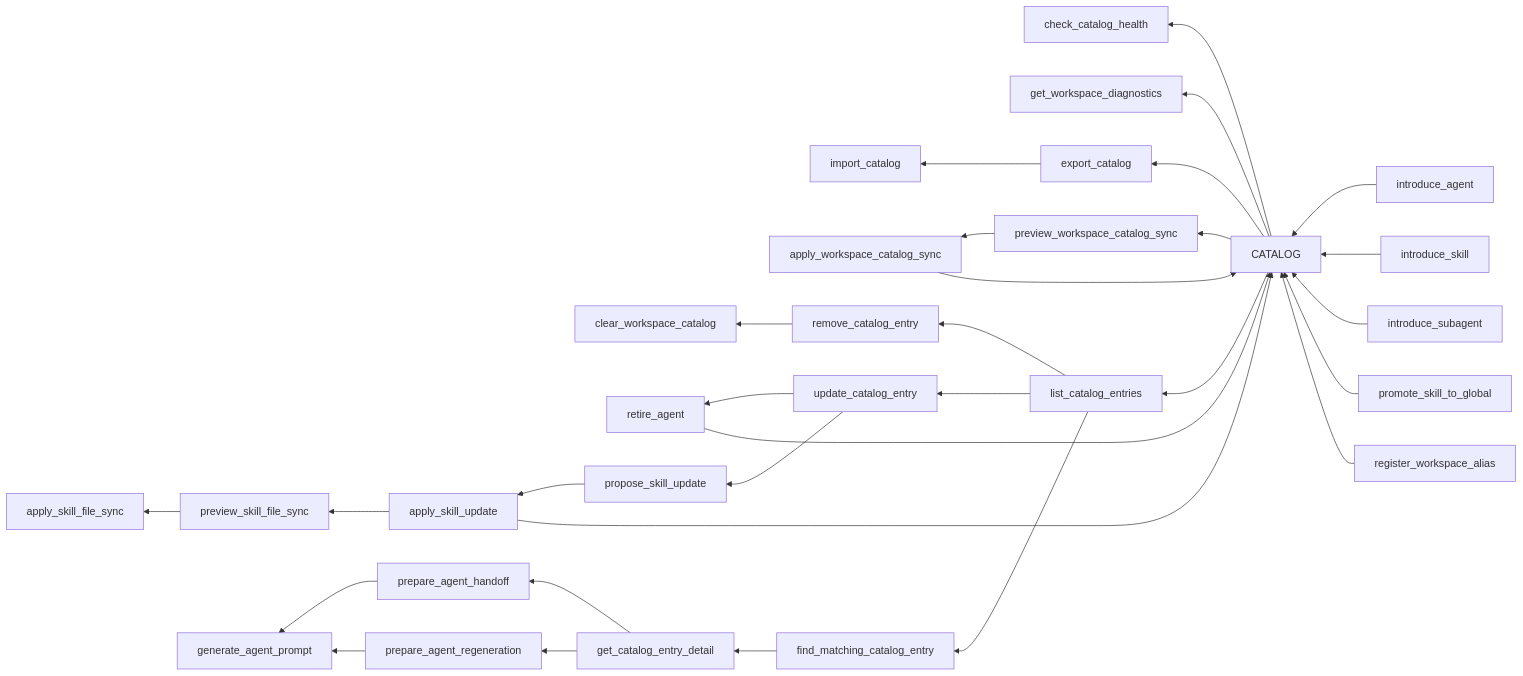
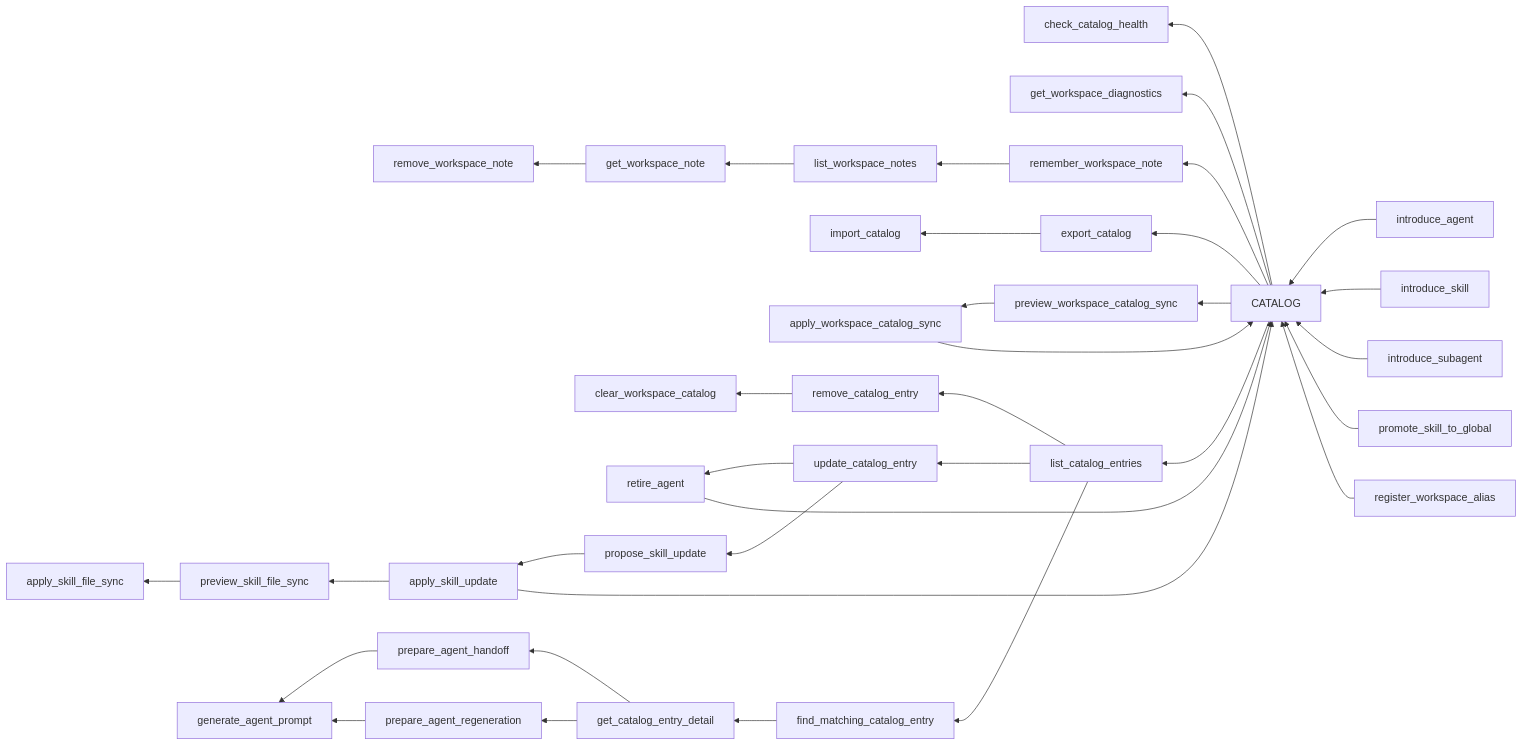
Before and after one commit to okanaslan/lor-mcp: the diagram in README.md, drawn with Mermaid. The commit also changed other lines of this file and 16 other files, not shown here.

````diff
--- a/README.md
+++ b/README.md
@@ -90,35 +91,39 @@
 ```mermaid
 flowchart RL
   catalog["CATALOG"]
 
   introduceAgent["introduce_agent"] --> catalog
   introduceSkill["introduce_skill"] --> catalog
   introduceSubagent["introduce_subagent"] --> catalog
   promoteSkill["promote_skill_to_global"] --> catalog
   registerAlias["register_workspace_alias"] --> catalog
   catalog --> checkHealth["check_catalog_health"]
   catalog --> workspaceDiagnostics["get_workspace_diagnostics"]
+  catalog --> rememberWorkspaceNote["remember_workspace_note"]
+  rememberWorkspaceNote --> listWorkspaceNotes["list_workspace_notes"]
+  listWorkspaceNotes --> getWorkspaceNote["get_workspace_note"]
+  getWorkspaceNote --> removeWorkspaceNote["remove_workspace_note"]
   catalog --> exportCatalog["export_catalog"]
   exportCatalog --> importCatalog["import_catalog"]
   catalog --> previewWorkspaceSync["preview_workspace_catalog_sync"]
   previewWorkspaceSync --> applyWorkspaceSync["apply_workspace_catalog_sync"]
   applyWorkspaceSync --> catalog
   catalog --> listEntries["list_catalog_entries"]
 
   listEntries --> removeEntry["remove_catalog_entry"]
   removeEntry --> clearCatalog["clear_workspace_catalog"]
   listEntries --> updateEntry["update_catalog_entry"]
   updateEntry --> retireAgent["retire_agent"]
   retireAgent --> catalog
   updateEntry --> proposeSkillUpdate["propose_skill_update"]
   proposeSkillUpdate --> applySkillUpdate["apply_skill_update"]
   applySkillUpdate --> catalog
   applySkillUpdate --> previewSkillFileSync["preview_skill_file_sync"]
   previewSkillFileSync --> applySkillFileSync["apply_skill_file_sync"]
   listEntries --> findMatch["find_matching_catalog_entry"]
   findMatch --> detail["get_catalog_entry_detail"]
   detail --> handoff["prepare_agent_handoff"]
   detail --> regeneration["prepare_agent_regeneration"]
   handoff --> generatePrompt["generate_agent_prompt"]
   regeneration --> generatePrompt
 ```
````
